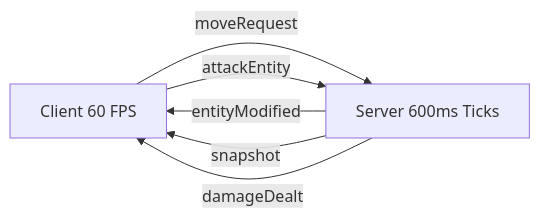
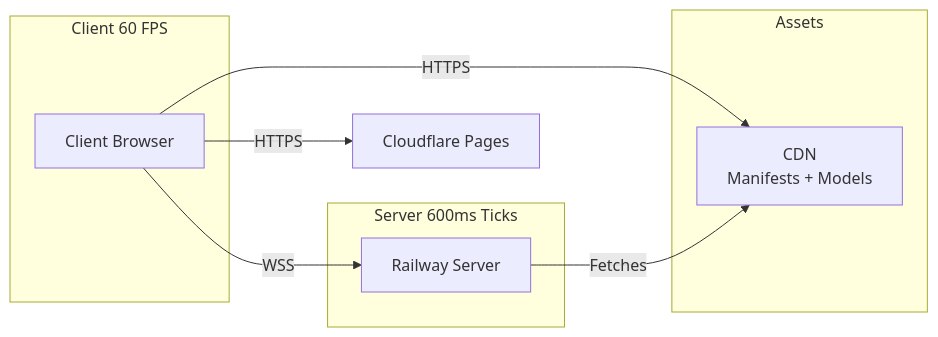
The diagram in wiki/engine/networking.mdx (HyperscapeAI/docs), drawn with Mermaid before and after one commit. The commit also changed other lines of this file, not shown here.

````diff
--- a/wiki/engine/networking.mdx
+++ b/wiki/engine/networking.mdx
@@ -17,8 +17,19 @@
 ```mermaid
 flowchart LR
-    A[Client 60 FPS] -->|moveRequest| B[Server 600ms Ticks]
-    B -->|entityModified| A
-    B -->|snapshot| A
-    A -->|attackEntity| B
-    B -->|damageDealt| A
+    A[Client Browser] -->|WSS| B[Railway Server]
+    A -->|HTTPS| C[Cloudflare Pages]
+    A -->|HTTPS| D[Cloudflare R2]
+    B -->|Fetches| D
+    
+    subgraph "Client 60 FPS"
+        A
+    end
+    
+    subgraph "Server 600ms Ticks"
+        B
+    end
+    
+    subgraph "Assets"
+        D[CDN<br/>Manifests + Models]
+    end
 ```
````
